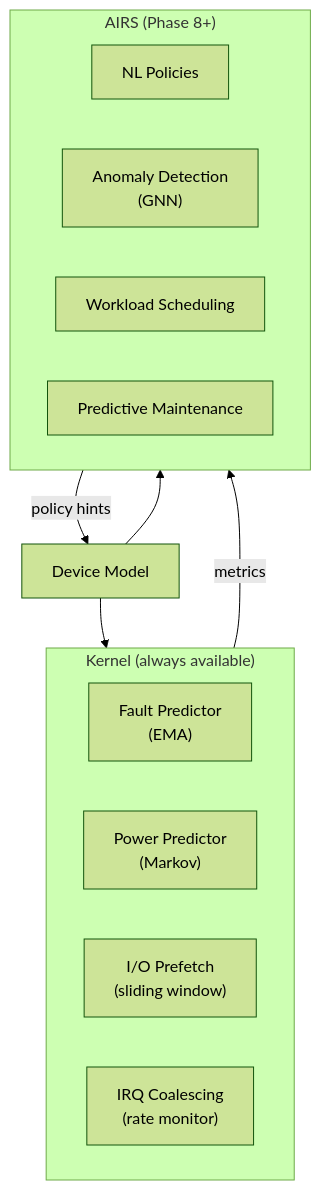
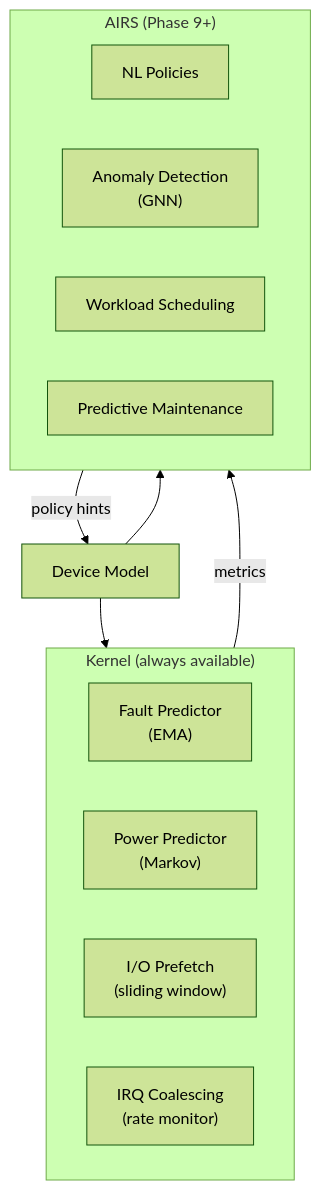
The second of 3 diagrams in docs/kernel/device-model/intelligence.md (juslee/aios), drawn with Mermaid (forest theme) before and after one commit. The commit also changed 94 other files, not shown here.

````diff
--- a/docs/kernel/device-model/intelligence.md
+++ b/docs/kernel/device-model/intelligence.md
@@ -254,21 +254,21 @@
 ```mermaid
 flowchart TD
     subgraph Kernel["Kernel (always available)"]
         FP["Fault Predictor\n(EMA)"]
         PP["Power Predictor\n(Markov)"]
         IO["I/O Prefetch\n(sliding window)"]
         IC["IRQ Coalescing\n(rate monitor)"]
     end
 
-    subgraph AIRS["AIRS (Phase 8+)"]
+    subgraph AIRS["AIRS (Phase 9+)"]
         NL["NL Policies"]
         AD["Anomaly Detection\n(GNN)"]
         WS["Workload Scheduling"]
         PM["Predictive Maintenance"]
     end
 
     DM["Device Model"] --> Kernel
     DM --> AIRS
     Kernel --> |"metrics"| AIRS
     AIRS --> |"policy hints"| DM
 ```
````
